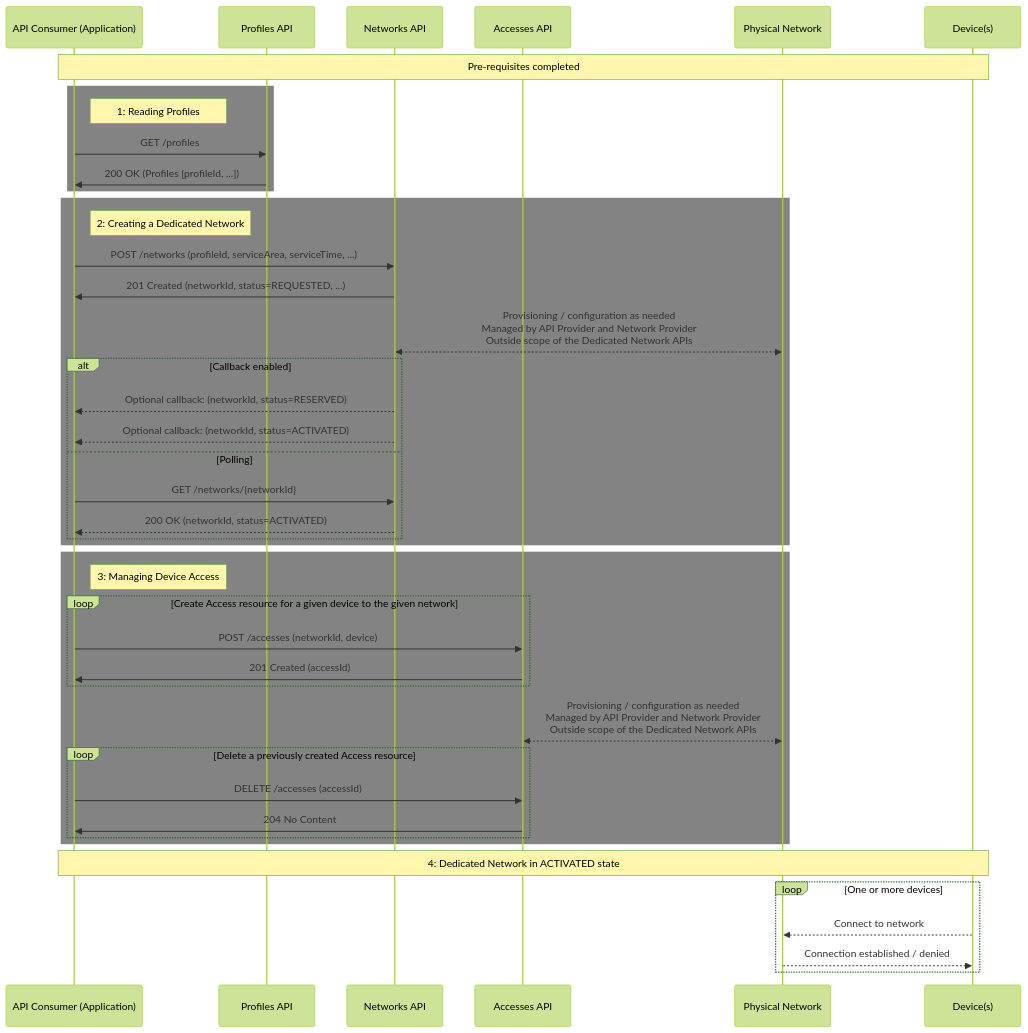
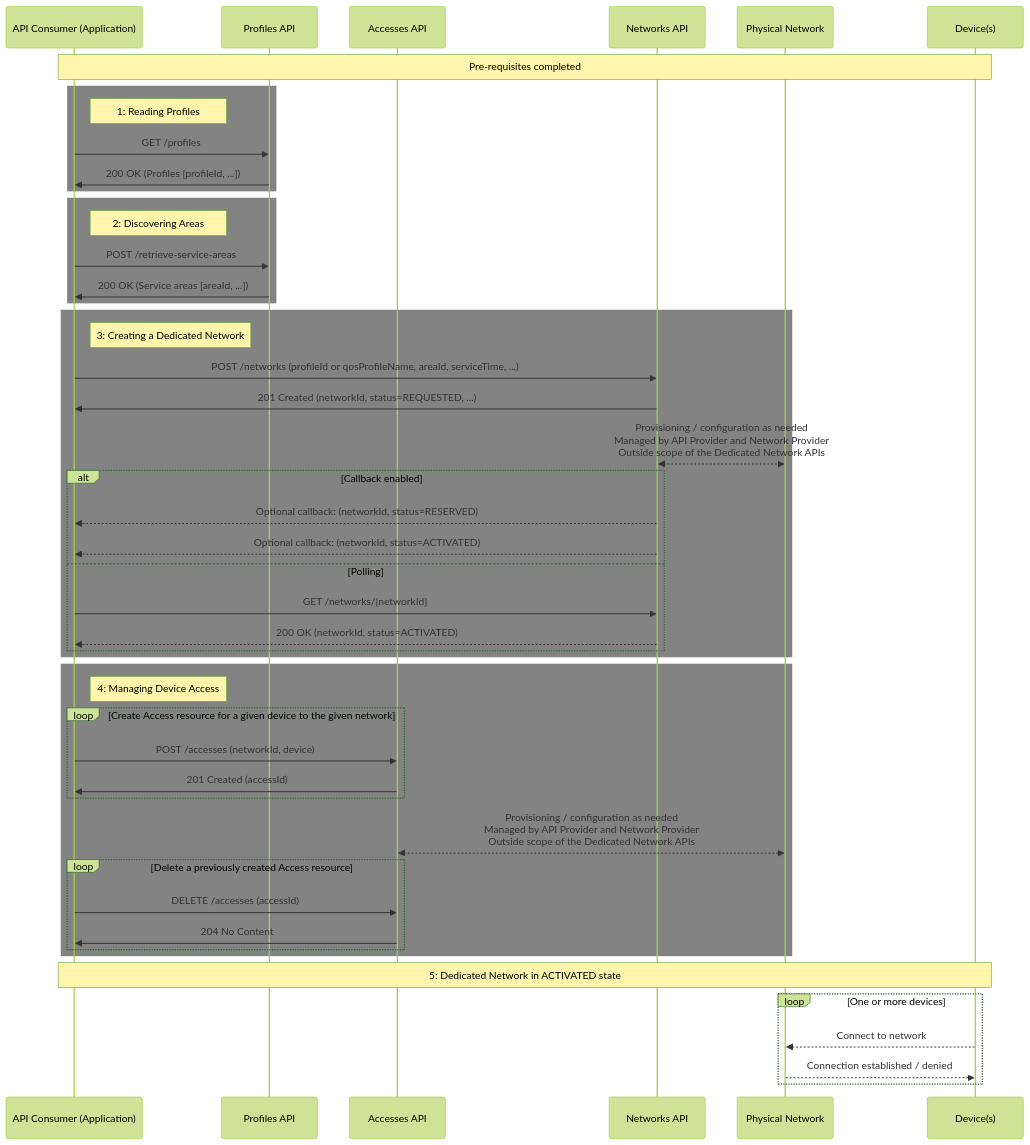
One commit to tlohmar/DedicatedNetworks changed the second of 3 diagrams in documentation/API_documentation/DedicatedNetworks_GeneralDescription.md. Above: the diagram before and after it, drawn with Mermaid (forest theme). The commit also changed other lines of this file and 2 other files, not shown here.

Commit message:
Allow single QoS profile in Areas API and Networks API

````diff
--- a/documentation/API_documentation/DedicatedNetworks_GeneralDescription.md
+++ b/documentation/API_documentation/DedicatedNetworks_GeneralDescription.md
@@ -100,47 +103,55 @@
 ```mermaid
 
 sequenceDiagram
     participant App as API Consumer (Application)
     participant P as Profiles API
+    participant A as Areas API
     participant N as Networks API
     participant A as Accesses API
     participant Network as Physical Network
     participant D as Device(s)
     Note over App,D: Pre-requisites completed
-    
+
     rect rgba(51, 49, 49, 0.6)
         note right of App: 1: Reading Profiles
         App->>P: GET /profiles
         P->>App: 200 OK (Profiles [profileId, ...])
     end
+
     rect rgba(51, 49, 49, 0.6)
-        note right of App: 2: Creating a Dedicated Network
-        App->>N: POST /networks (profileId, serviceArea, serviceTime, ...)
+        note right of App: 2: Discovering Areas
+        App->>P: POST /retrieve-service-areas
+        P->>App: 200 OK (Service areas [areaId, ...])
+    end
+
+    rect rgba(51, 49, 49, 0.6)
+        note right of App: 3: Creating a Dedicated Network
+        App->>N: POST /networks (profileId or qosProfileName, areaId, serviceTime, ...)
         N->>App: 201 Created (networkId, status=REQUESTED, ...)
          N <<-->> Network: Provisioning / configuration as needed<br> Managed by API Provider and Network Provider<br>  Outside scope of the Dedicated Network APIs
         alt Callback enabled
             N-->>App: Optional callback: (networkId, status=RESERVED)
             N-->>App: Optional callback: (networkId, status=ACTIVATED)
         else Polling
             App->>N: GET /networks/{networkId}
             N-->>App: 200 OK (networkId, status=ACTIVATED)
         end
     end
     rect rgba(51, 49, 49, 0.6)
-        note right of App: 3: Managing Device Access
+        note right of App: 4: Managing Device Access
         loop Create Access resource for a given device to the given network
             App->>A: POST /accesses (networkId, device)
             A->>App: 201 Created (accessId)
         end
         A <<-->> Network: Provisioning / configuration as needed<br> Managed by API Provider and Network Provider<br>  Outside scope of the Dedicated Network APIs
         loop Delete a previously created Access resource
             App->>A: DELETE /accesses (accessId)
             A->>App: 204 No Content
         end
     end
-    Note over App,D: 4: Dedicated Network in ACTIVATED state
+    Note over App,D: 5: Dedicated Network in ACTIVATED state
     loop One or more devices
         D-->>Network: Connect to network
         Network-->>D: Connection established / denied
     end
 ```
````
